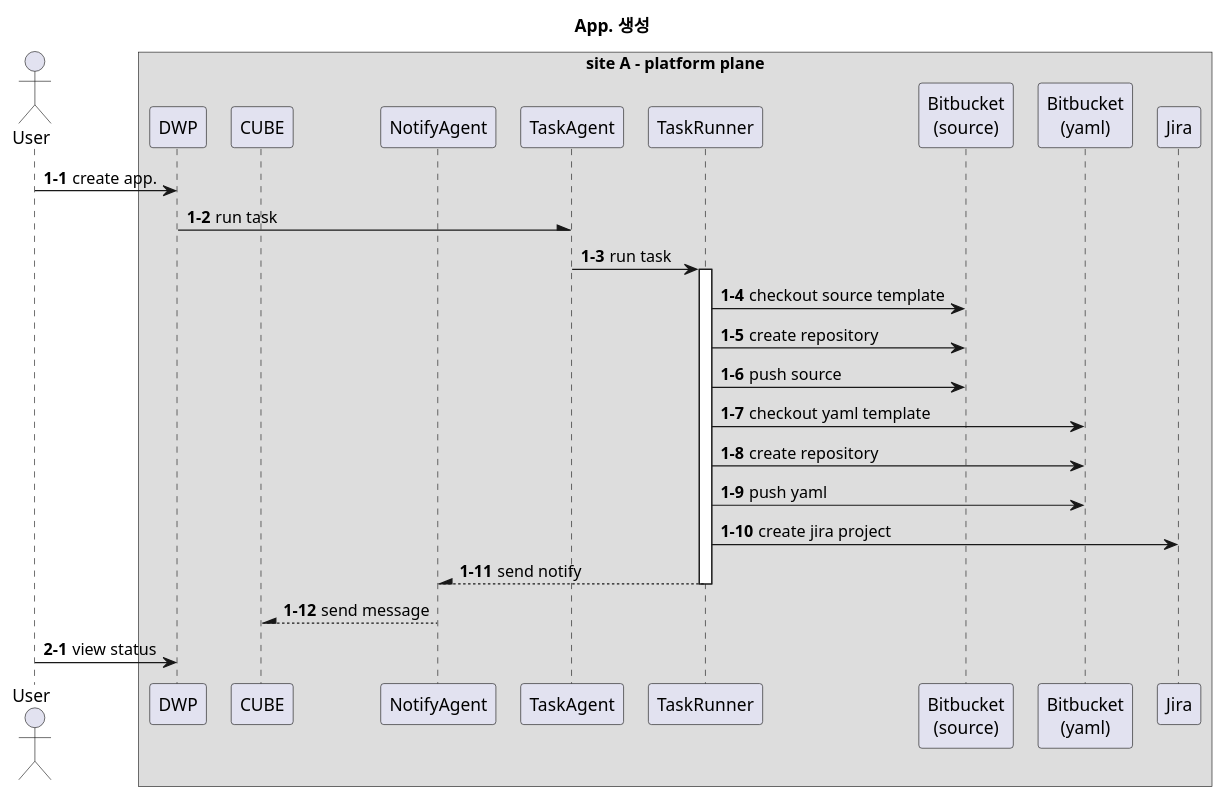
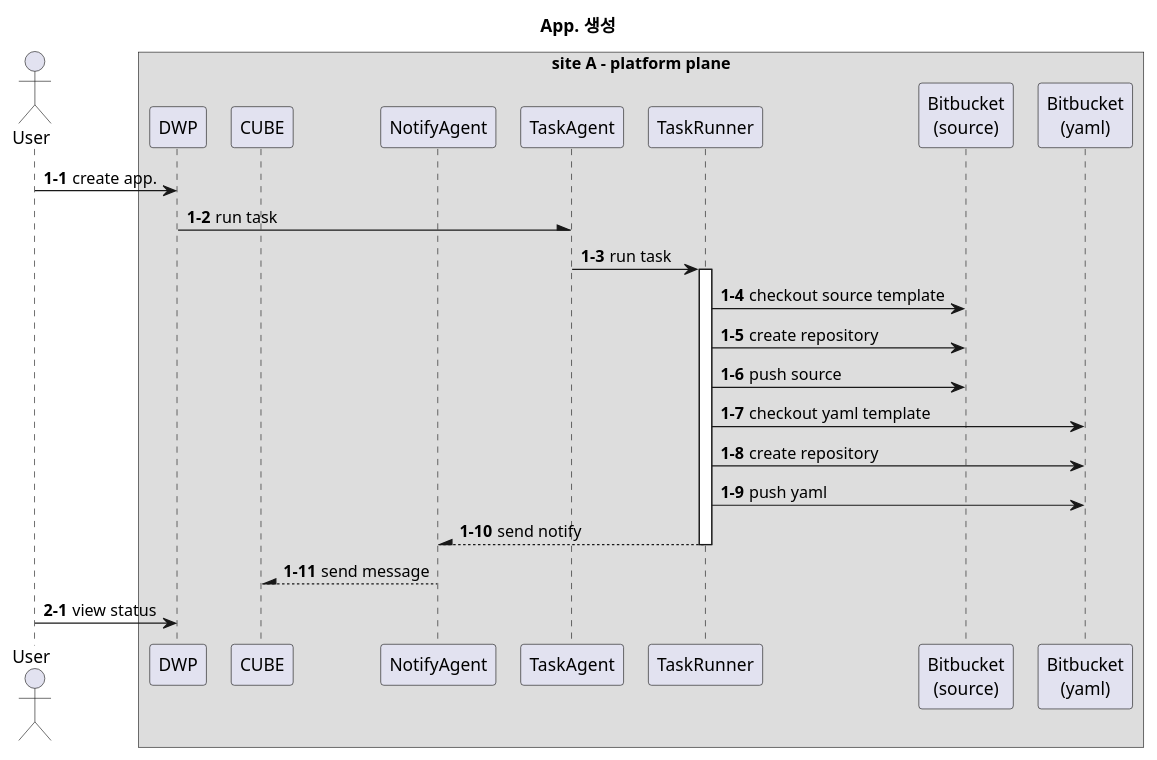
One commit to htdp1/am-arch changed the seventh of 15 diagrams in docs/src/multi-cloud/diagram.md. Above: the diagram before and after it, drawn with PlantUML. The commit also changed other lines of this file, not shown here.

Commit message:
modify diagram 1513

```diff
--- a/docs/src/multi-cloud/diagram.md
+++ b/docs/src/multi-cloud/diagram.md
@@ -226,39 +268,39 @@
 @startuml
 
 scale 1
 skinparam ParticipantPadding 5
 skinparam BoxPadding 5
 title "App. 생성"
 
 actor User
 box "site A - platform plane"
     participant DWP
     participant CUBE
     participant NotifyAgent
     participant TaskAgent
     participant TaskRunner
     participant "Bitbucket\n(source)" as source
     participant "Bitbucket\n(yaml)" as yaml
-    participant Jira
 end box
 
 autonumber 1-1
 User -> DWP : create app.
 DWP -\ TaskAgent : run task
 TaskAgent -> TaskRunner : run task
 activate TaskRunner
+
 TaskRunner -> source : checkout source template
 TaskRunner -> source : create repository
 TaskRunner -> source : push source
 TaskRunner -> yaml : checkout yaml template
 TaskRunner -> yaml : create repository
 TaskRunner -> yaml : push yaml
-TaskRunner -> Jira : create jira project
+
 TaskRunner --\ NotifyAgent : send notify
 deactivate TaskRunner
 NotifyAgent --\ CUBE : send message
 
 autonumber 2-1
 User -> DWP : view status
 
 @enduml
```
